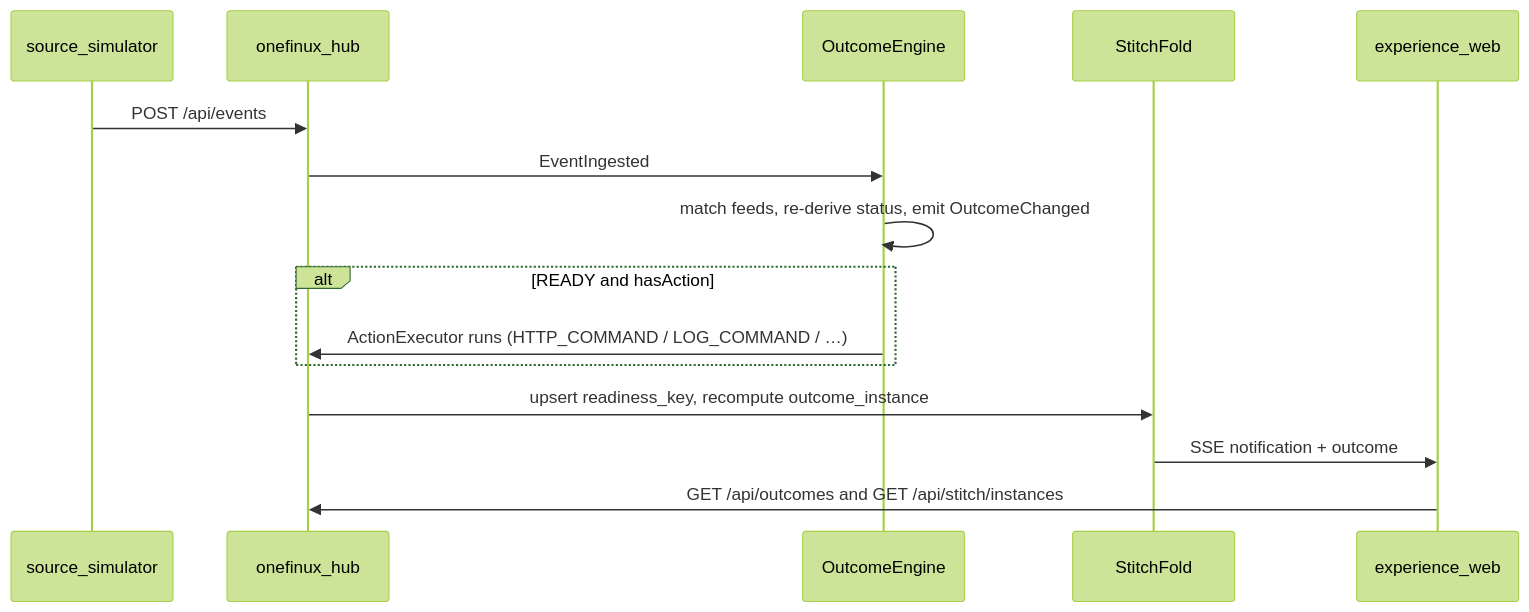
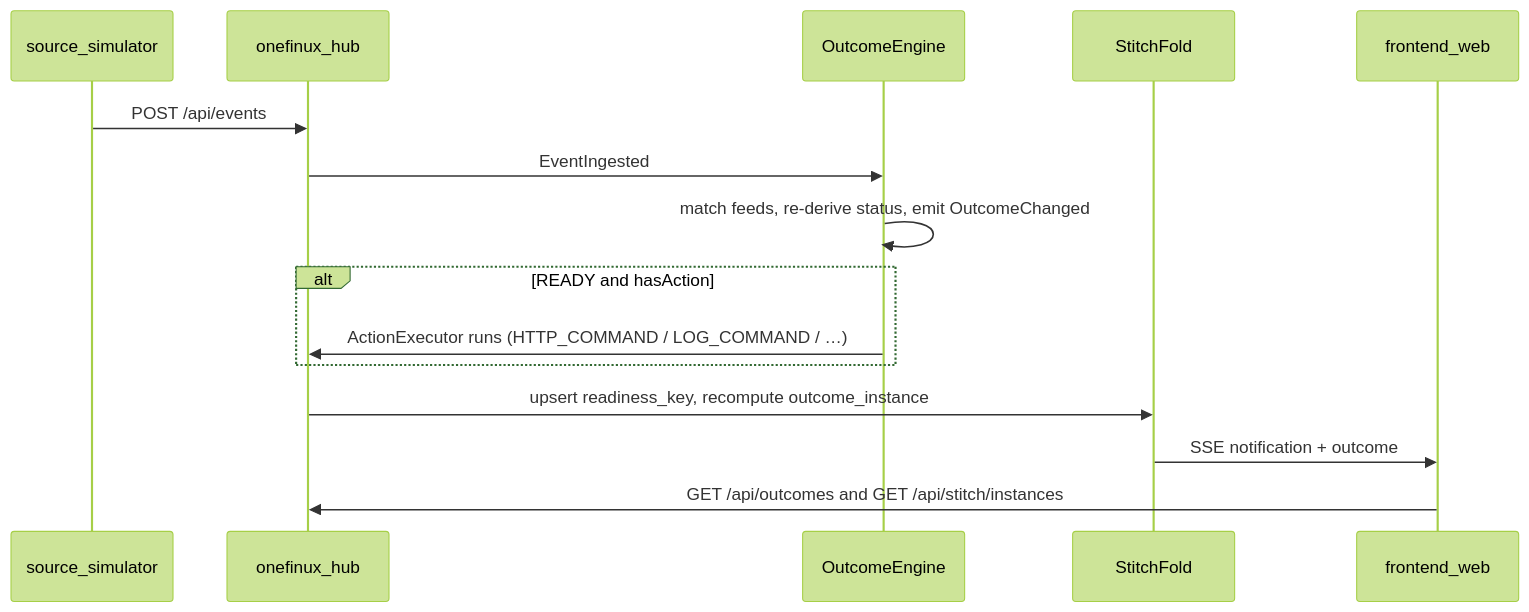
Before and after one commit to praveen2025work/onefinuxdemo: the diagram in docs/brd/application.md, drawn with Mermaid (forest theme). The commit also changed other lines of this file and 44 other files, not shown here.

First line of the commit message:
rename: experience/ folder to frontend/

````diff
--- a/docs/brd/application.md
+++ b/docs/brd/application.md
@@ -46,17 +46,17 @@
 ```mermaid
 sequenceDiagram
   participant Sim as source_simulator
   participant Hub as onefinux_hub
   participant Engine as OutcomeEngine
   participant Fold as StitchFold
-  participant UI as experience_web
+  participant UI as frontend_web
   Sim->>Hub: POST /api/events
   Hub->>Engine: EventIngested
   Engine->>Engine: match feeds, re-derive status, emit OutcomeChanged
   alt READY and hasAction
     Engine->>Hub: ActionExecutor runs (HTTP_COMMAND / LOG_COMMAND / …)
   end
   Hub->>Fold: upsert readiness_key, recompute outcome_instance
   Fold->>UI: SSE notification + outcome
   UI->>Hub: GET /api/outcomes and GET /api/stitch/instances
 ```
````
